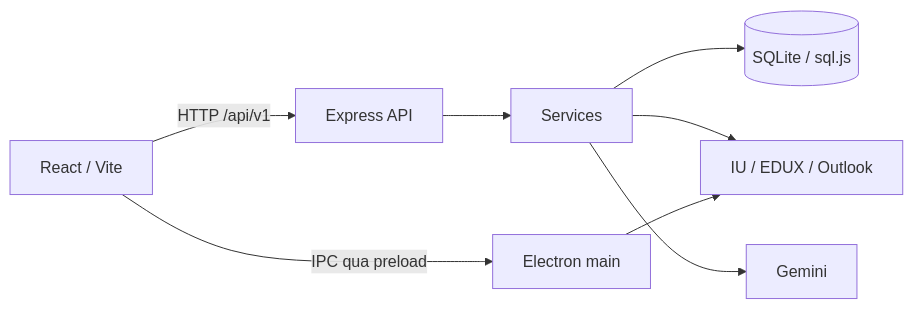
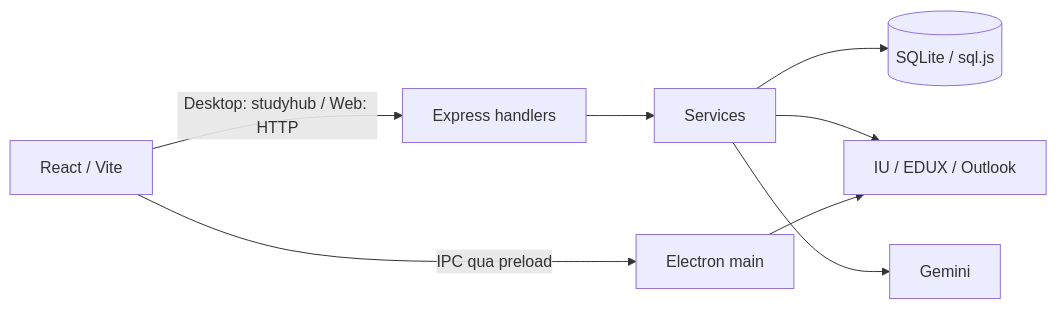
The diagram in README.md (hotrohoctapcmcu/smart_study_hub_cmc_uni), drawn with Mermaid before and after one commit. The commit also changed other lines of this file and 53 other files, not shown here.

````diff
--- a/README.md
+++ b/README.md
@@ -134,10 +134,10 @@
 ```mermaid
 flowchart LR
-    UI[React / Vite] -->|HTTP /api/v1| API[Express API]
+    UI[React / Vite] -->|Desktop: studyhub / Web: HTTP| API[Express handlers]
     API --> S[Services]
     S --> DB[(SQLite / sql.js)]
     S --> P[IU / EDUX / Outlook]
     S --> AI[Gemini]
     UI -->|IPC qua preload| E[Electron main]
     E --> P
 ```
````
